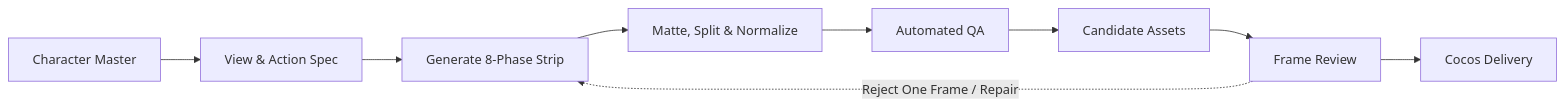
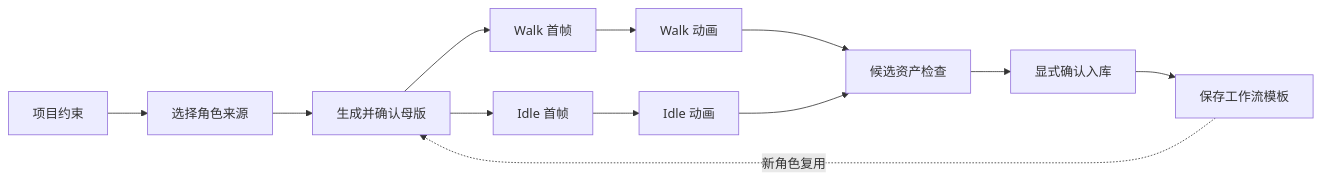
The diagram in README.md (huyanxius/windup-asset-lab), drawn with Mermaid before and after one commit. The commit also changed other lines of this file and 24 other files, not shown here.

````diff
--- a/README.md
+++ b/README.md
@@ -46,11 +49,14 @@
 ```mermaid
 flowchart LR
-  A["Character Master"] --> B["View & Action Spec"]
-  B --> C["Generate 8-Phase Strip"]
-  C --> D["Matte, Split & Normalize"]
-  D --> E["Automated QA"]
-  E --> F["Candidate Assets"]
-  F --> G["Frame Review"]
-  G --> H["Cocos Delivery"]
-  G -. "Reject One Frame / Repair" .-> C
+  P["项目约束"] --> S["选择角色来源"]
+  S --> M["生成并确认母版"]
+  M --> K1["Walk 首帧"]
+  M --> K2["Idle 首帧"]
+  K1 --> A1["Walk 动画"]
+  K2 --> A2["Idle 动画"]
+  A1 --> Q["候选资产检查"]
+  A2 --> Q
+  Q --> R["显式确认入库"]
+  R --> T["保存工作流模板"]
+  T -. "新角色复用" .-> M
 ```
````
